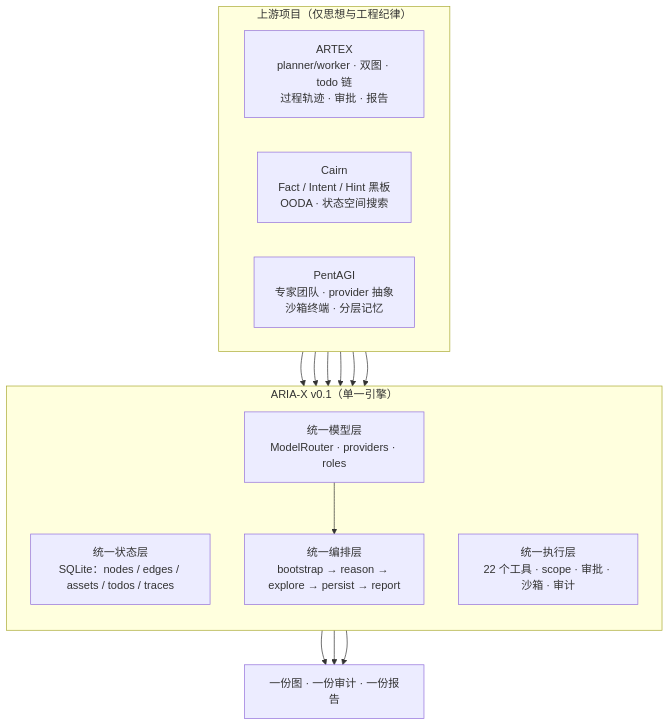
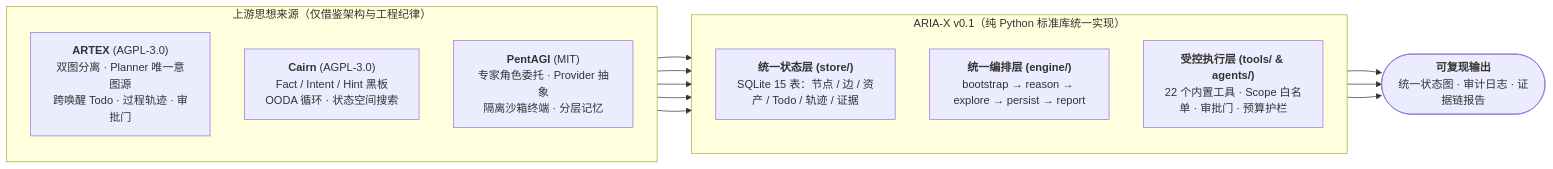
The diagram in README.md (01NGVI-QINGYI/ARIA-X), drawn with Mermaid before and after one commit. The commit also changed other lines of this file and 2 other files, not shown here.

Commit message:
docs(readme): refine structure, compact lineage diagram, and clarify non-offensive research positioning

````diff
--- a/README.md
+++ b/README.md
@@ -95,28 +79,20 @@
 ```mermaid
-flowchart TB
-    subgraph UP["上游项目（仅思想与工程纪律）"]
-        direction LR
-        A["ARTEX<br/>planner/worker · 双图 · todo 链<br/>过程轨迹 · 审批 · 报告"]
-        C["Cairn<br/>Fact / Intent / Hint 黑板<br/>OODA · 状态空间搜索"]
-        P["PentAGI<br/>专家团队 · provider 抽象<br/>沙箱终端 · 分层记忆"]
+flowchart LR
+    subgraph UP["上游思想来源（仅借鉴架构与工程纪律）"]
+        direction TB
+        A["<b>ARTEX</b> (AGPL-3.0)<br/>双图分离 · Planner 唯一意图源<br/>跨唤醒 Todo · 过程轨迹 · 审批门"]
+        C["<b>Cairn</b> (AGPL-3.0)<br/>Fact / Intent / Hint 黑板<br/>OODA 循环 · 状态空间搜索"]
+        P["<b>PentAGI</b> (MIT)<br/>专家角色委托 · Provider 抽象<br/>隔离沙箱终端 · 分层记忆"]
     end
 
-    subgraph ARIA-X["ARIA-X v0.1（单一引擎）"]
+    subgraph CORE["ARIA-X v0.1（纯 Python 标准库统一实现）"]
         direction TB
-        ST["统一状态层<br/>SQLite：nodes / edges / assets / todos / traces"]
-        OR["统一编排层<br/>bootstrap → reason → explore → persist → report"]
-        EX["统一执行层<br/>22 个工具 · scope · 审批 · 沙箱 · 审计"]
-        LM["统一模型层<br/>ModelRouter · providers · roles"]
+        ST["<b>统一状态层 (store/)</b><br/>SQLite 15 表：节点 / 边 / 资产 / Todo / 轨迹 / 证据"]
+        OR["<b>统一编排层 (engine/)</b><br/>bootstrap → reason → explore → persist → report"]
+        EX["<b>受控执行层 (tools/ & agents/)</b><br/>22 个内置工具 · Scope 白名单 · 审批门 · 预算护栏"]
     end
 
-    C --> ST
-    C --> OR
-    A --> OR
-    A --> ST
-    P --> LM
+    A & C --> ST & OR
     P --> EX
-    ST --> OUT["一份图 · 一份审计 · 一份报告"]
-    OR --> OUT
-    EX --> OUT
-    LM --> OR
+    ST & OR & EX --> OUT(["<b>可复现输出</b><br/>统一状态图 · 审计日志 · 证据链报告"])
 ```
````
